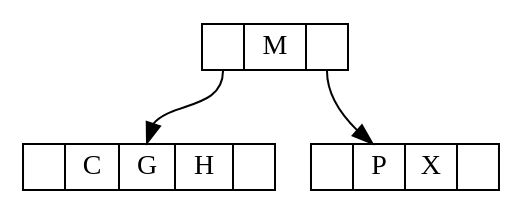
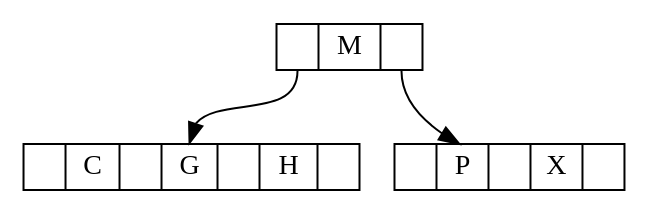
Before and after one commit to ericfode/CS320: the diagram in Assignment 4/step6.dot, drawn with Graphviz. The commit also changed 10 other files, not shown here.

```diff
--- a/Assignment 4/step6.dot
+++ b/Assignment 4/step6.dot
@@ -1,10 +1,9 @@
 digraph one {
 	node [shape = record, height=.1];
 	node0[label = "<f0> | <f1> M | <f2> "];
-	node1[label = "<f0> | <f1> C | <f2> G |<f3> H | <f4> "];
-	node2[label = "<f0> | <f1> P |<f2> X | <f3> "];
+	node1[label = "<f0> | <f1> C || <f2> G ||<f3> H | <f4> "];
+	node2[label = "<f0> | <f1> P ||<f2> X | <f3> "];
 	
 	"node0":f0 -> "node1":f2;
 	"node0":f2 -> "node2";
-
 }
```
